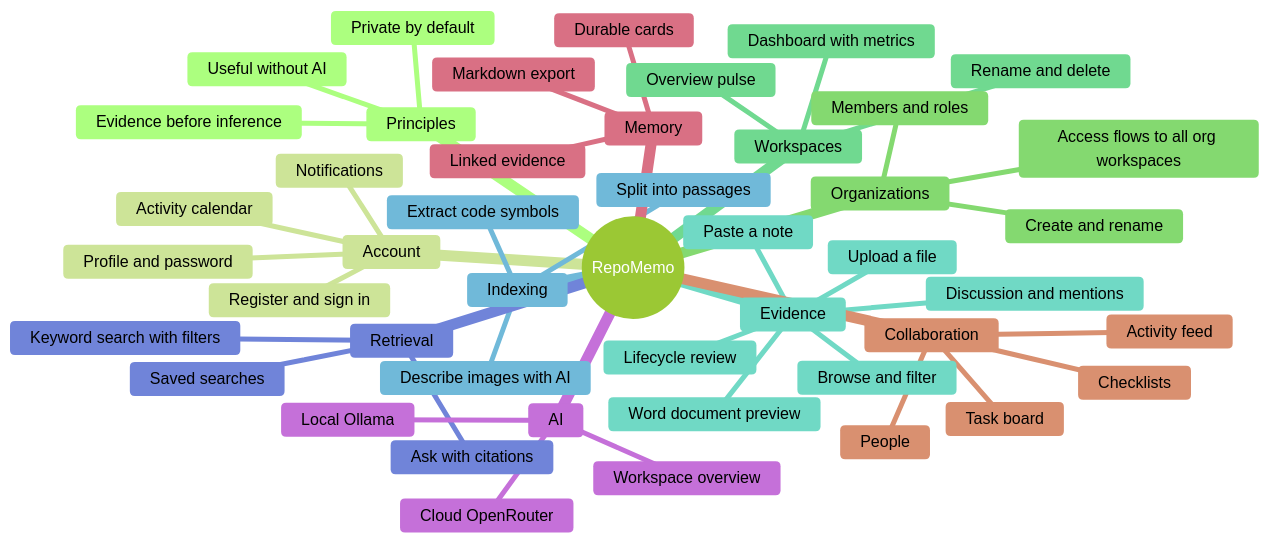
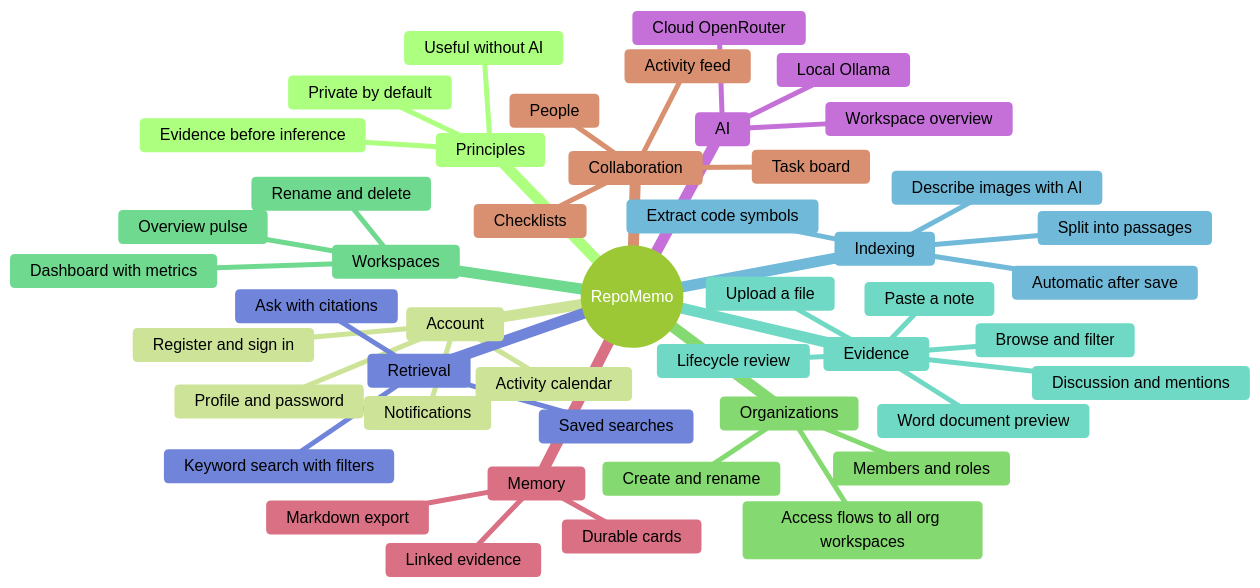
Before and after one commit to winksen/RepoMemo: the diagram in mindmap/FUNCTIONAL_MINDMAP.md, drawn with Mermaid (forest theme). The commit also changed other lines of this file and 10 other files, not shown here.

````diff
--- a/mindmap/FUNCTIONAL_MINDMAP.md
+++ b/mindmap/FUNCTIONAL_MINDMAP.md
@@ -61,49 +61,50 @@
 ```mermaid
 mindmap
   root((RepoMemo))
     Principles
       Evidence before inference
       Useful without AI
       Private by default
     Account
       Register and sign in
       Profile and password
       Activity calendar
       Notifications
     Organizations
       Create and rename
       Members and roles
       Access flows to all org workspaces
     Workspaces
       Dashboard with metrics
       Overview pulse
       Rename and delete
     Evidence
       Paste a note
       Upload a file
       Browse and filter
       Word document preview
       Lifecycle review
       Discussion and mentions
     Indexing
+      Automatic after save
       Split into passages
       Extract code symbols
       Describe images with AI
     Retrieval
       Keyword search with filters
       Saved searches
       Ask with citations
     AI
       Local Ollama
       Cloud OpenRouter
       Workspace overview
     Memory
       Durable cards
       Linked evidence
       Markdown export
     Collaboration
       Task board
       Checklists
       People
       Activity feed
 ```
````
